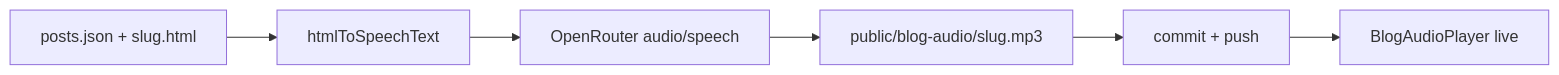
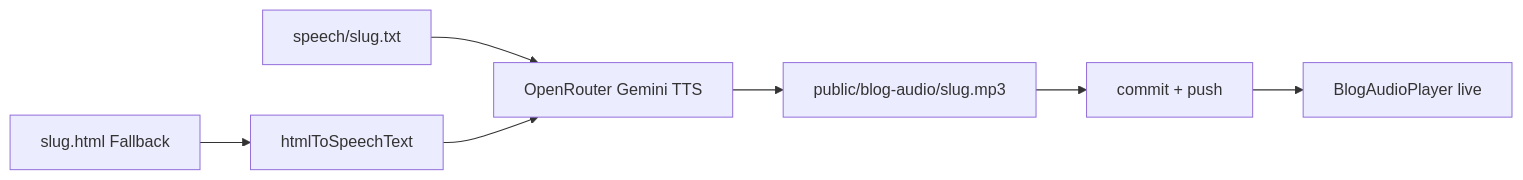
The diagram in .cursor/skills/webwelle-blog-audio/SKILL.md (AeMANIE/webwelle), drawn with Mermaid before and after one commit. The commit also changed other lines of this file and 3 other files, not shown here.

First line of the commit message:
Fix: Blog-Audio vollständig per Gemini-Abschnitten statt abgeschnittenem Ein-Durchgang.

````diff
--- a/.cursor/skills/webwelle-blog-audio/SKILL.md
+++ b/.cursor/skills/webwelle-blog-audio/SKILL.md
@@ -29,8 +30,9 @@
 ```mermaid
 flowchart LR
-  HTML[posts.json + slug.html] --> Strip[htmlToSpeechText]
-  Strip --> TTS[OpenRouter audio/speech]
+  Speech[speech/slug.txt] --> TTS[OpenRouter Gemini TTS]
+  HTML[slug.html Fallback] --> Strip[htmlToSpeechText]
+  Strip --> TTS
   TTS --> MP3[public/blog-audio/slug.mp3]
   MP3 --> Git[commit + push]
   Git --> Player[BlogAudioPlayer live]
 ```
````
